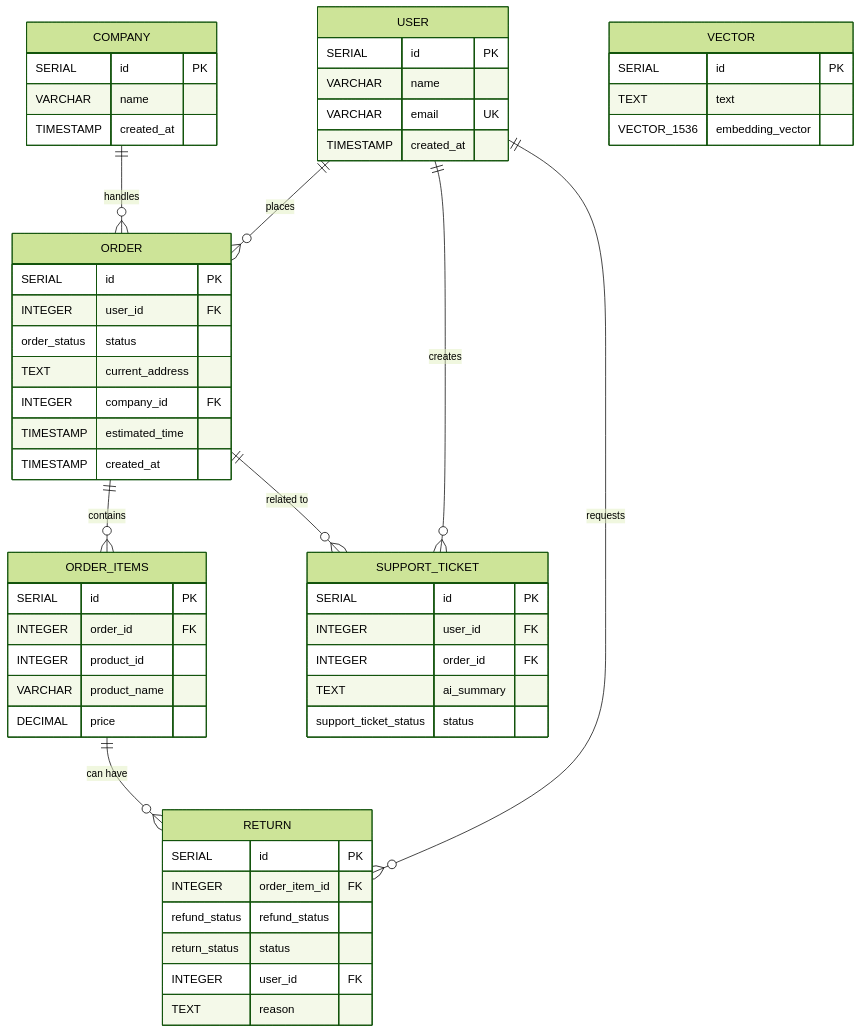
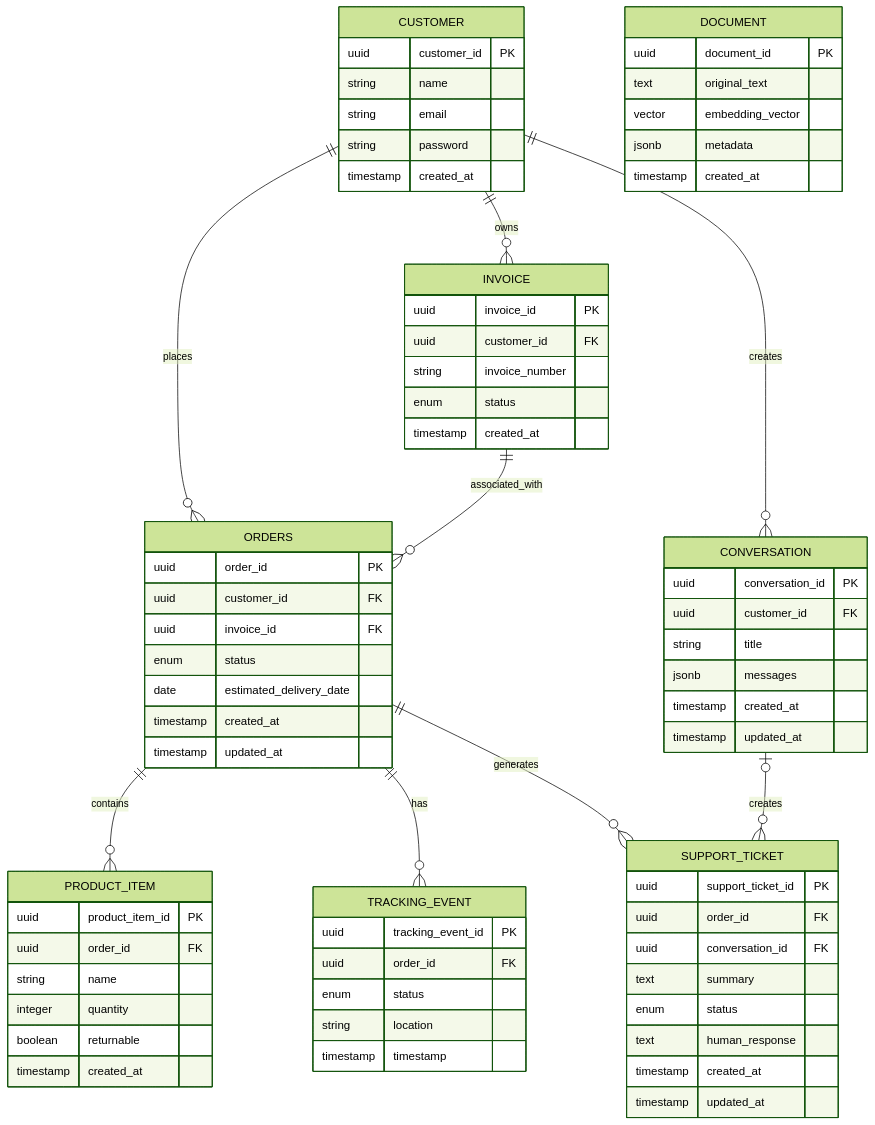
One commit to Mit-007/ecommerce-platform changed the second of 2 diagrams in README.md. Above: the diagram before and after it, drawn with Mermaid (forest theme). The commit also changed other lines of this file and 7 other files, not shown here.

````diff
--- a/README.md
+++ b/README.md
@@ -15,72 +207,90 @@
 ```mermaid
 erDiagram
 
-    USER {
-        SERIAL id PK
-        VARCHAR name
-        VARCHAR email UK
-        TIMESTAMP created_at
+    CUSTOMER ||--o{ INVOICE : owns
+
+    CUSTOMER ||--o{ ORDERS : places
+
+    INVOICE ||--o{ ORDERS : associated_with
+
+    ORDERS ||--o{ PRODUCT_ITEM : contains
+
+    ORDERS ||--o{ TRACKING_EVENT : has
+
+    CUSTOMER ||--o{ CONVERSATION : creates
+
+    ORDERS ||--o{ SUPPORT_TICKET : generates
+
+    CONVERSATION o|--o{ SUPPORT_TICKET : creates
+
+    CUSTOMER {
+        uuid customer_id PK
+        string name
+        string email
+        string password
+        timestamp created_at
     }
 
-    COMPANY {
-        SERIAL id PK
-        VARCHAR name
-        TIMESTAMP created_at
+    INVOICE {
+        uuid invoice_id PK
+        uuid customer_id FK
+        string invoice_number
+        enum status
+        timestamp created_at
     }
 
-    ORDER {
-        SERIAL id PK
-        INTEGER user_id FK
-        order_status status
-        TEXT current_address
-        INTEGER company_id FK
-        TIMESTAMP estimated_time
-        TIMESTAMP created_at
+    ORDERS {
+        uuid order_id PK
+        uuid customer_id FK
+        uuid invoice_id FK
+        enum status
+        date estimated_delivery_date
+        timestamp created_at
+        timestamp updated_at
     }
 
-    ORDER_ITEMS {
-        SERIAL id PK
-        INTEGER order_id FK
-        INTEGER product_id
-        VARCHAR product_name
-        DECIMAL price
+    PRODUCT_ITEM {
+        uuid product_item_id PK
+        uuid order_id FK
+        string name
+        integer quantity
+        boolean returnable
+        timestamp created_at
+    }
+
+    TRACKING_EVENT {
+        uuid tracking_event_id PK
+        uuid order_id FK
+        enum status
+        string location
+        timestamp timestamp
+    }
+
+    DOCUMENT {
+        uuid document_id PK
+        text original_text
+        vector embedding_vector
+        jsonb metadata
+        timestamp created_at
+    }
+
+    CONVERSATION {
+        uuid conversation_id PK
+        uuid customer_id FK
+        string title
+        jsonb messages
+        timestamp created_at
+        timestamp updated_at
     }
 
     SUPPORT_TICKET {
-        SERIAL id PK
-        INTEGER user_id FK
-        INTEGER order_id FK
-        TEXT ai_summary
-        support_ticket_status status
+        uuid support_ticket_id PK
+        uuid order_id FK
+        uuid conversation_id FK
+        text summary
+        enum status
+        text human_response
+        timestamp created_at
+        timestamp updated_at
     }
-
-    RETURN {
-        SERIAL id PK
-        INTEGER order_item_id FK
-        refund_status refund_status
-        return_status status
-        INTEGER user_id FK
-        TEXT reason
-    }
-
-    VECTOR {
-        SERIAL id PK
-        TEXT text
-        VECTOR_1536 embedding_vector
-    }
-
-
-    USER ||--o{ ORDER : "places"
-
-    COMPANY ||--o{ ORDER : "handles"
-
-    ORDER ||--o{ ORDER_ITEMS : "contains"
-
-    USER ||--o{ SUPPORT_TICKET : "creates"
-
-    ORDER ||--o{ SUPPORT_TICKET : "related to"
-
-    ORDER_ITEMS ||--o{ RETURN : "can have"
-
-    USER ||--o{ RETURN : "requests"
 ```
````
